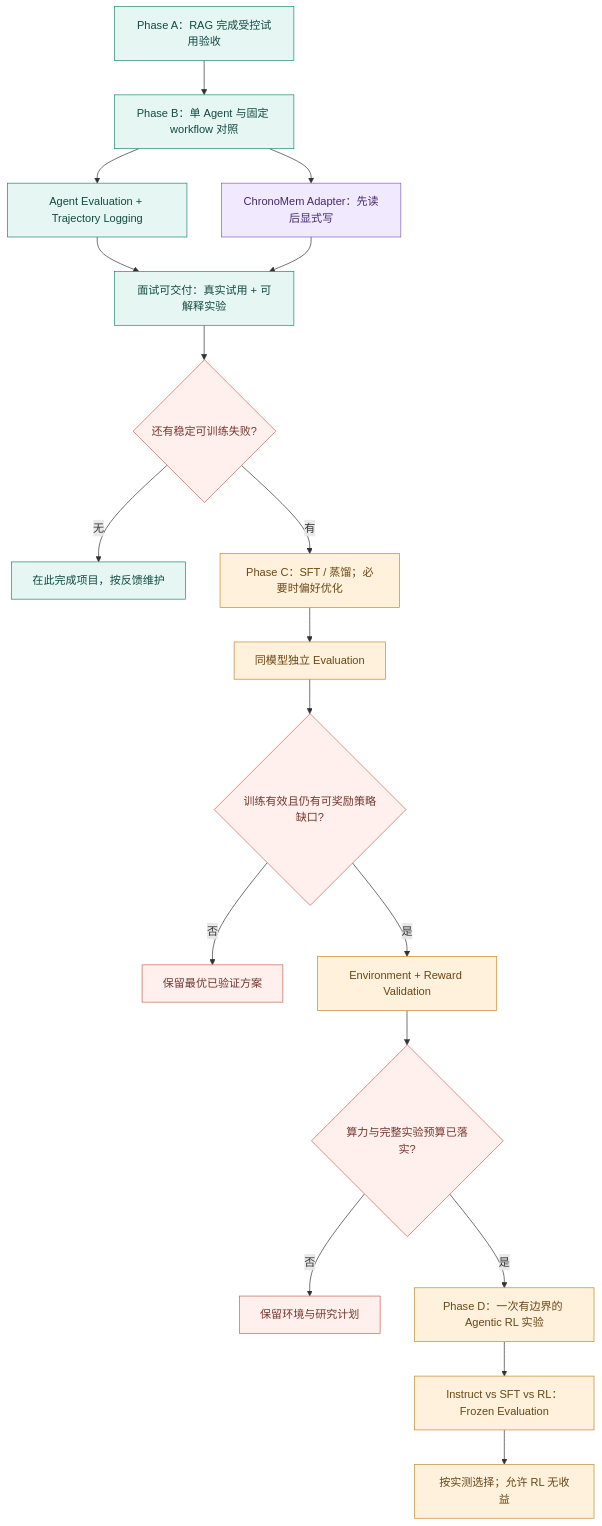
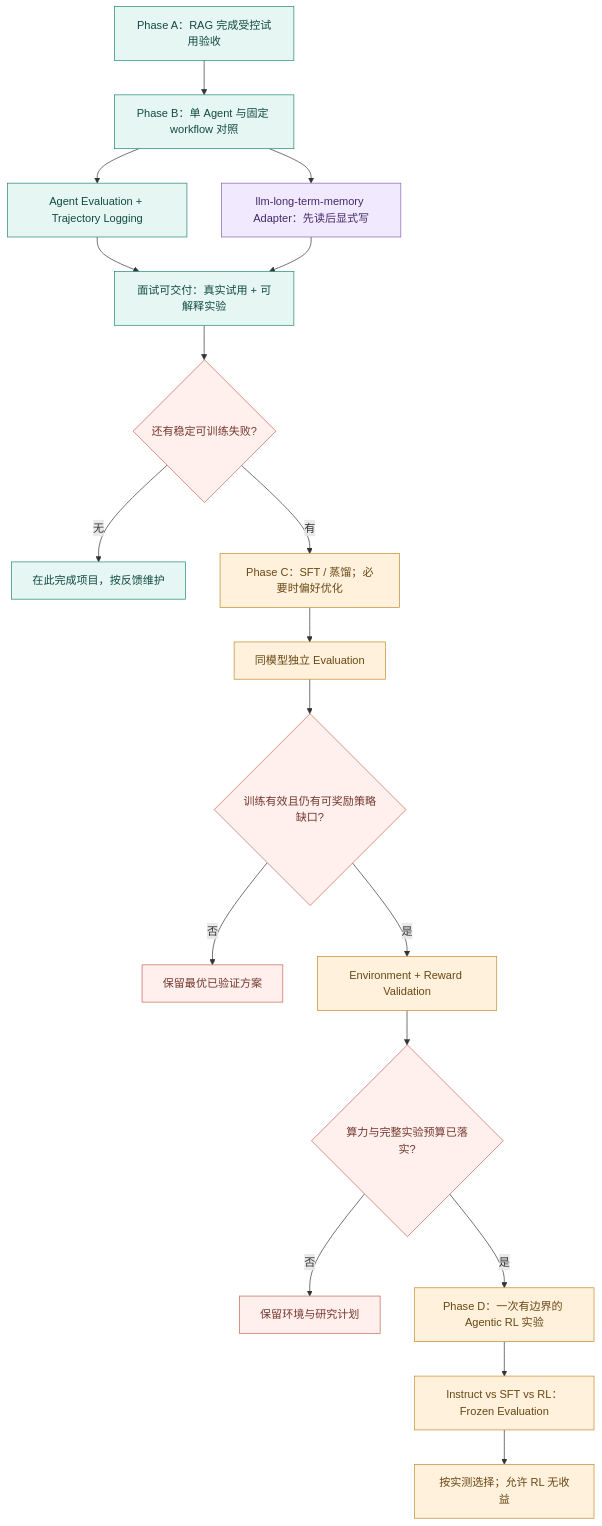
The tenth of 10 diagrams in PROJECT_PLAN_future.md (Mingjie-Mao/Agentic-RAG), drawn with Mermaid before and after one commit. The commit also changed other lines of this file and 106 other files, not shown here.

````diff
--- a/PROJECT_PLAN_future.md
+++ b/PROJECT_PLAN_future.md
@@ -724,28 +763,28 @@
 ```mermaid
 flowchart TB
   A[Phase A：RAG 完成受控试用验收] --> B[Phase B：单 Agent 与固定 workflow 对照]
   B --> E[Agent Evaluation + Trajectory Logging]
-  B --> M[ChronoMem Adapter：先读后显式写]
+  B --> M[llm-long-term-memory Adapter：先读后显式写]
   E --> DEMO[面试可交付：真实试用 + 可解释实验]
   M --> DEMO
   DEMO --> GAP{还有稳定可训练失败?}
   GAP -->|无| DONE[在此完成项目，按反馈维护]
   GAP -->|有| C[Phase C：SFT / 蒸馏；必要时偏好优化]
   C --> CE[同模型独立 Evaluation]
   CE --> CG{训练有效且仍有可奖励策略缺口?}
   CG -->|否| KEEP[保留最优已验证方案]
   CG -->|是| ENV[Environment + Reward Validation]
   ENV --> BUDGET{算力与完整实验预算已落实?}
   BUDGET -->|否| PAUSE[保留环境与研究计划]
   BUDGET -->|是| D[Phase D：一次有边界的 Agentic RL 实验]
   D --> TEST[Instruct vs SFT vs RL：Frozen Evaluation]
   TEST --> RESULT[按实测选择；允许 RL 无收益]
   classDef next fill:#e6f7f3,stroke:#218774,color:#124a40;
   classDef mem fill:#f1eaff,stroke:#8561b4,color:#43296a;
   classDef opt fill:#fff1dc,stroke:#c28b2a,color:#684714;
   classDef stop fill:#fff0ed,stroke:#c36555,color:#74372e;
   class A,B,E,DEMO,DONE next;
   class M mem;
   class C,CE,ENV,D,TEST,RESULT opt;
   class GAP,CG,BUDGET,KEEP,PAUSE stop;
 ```
````
